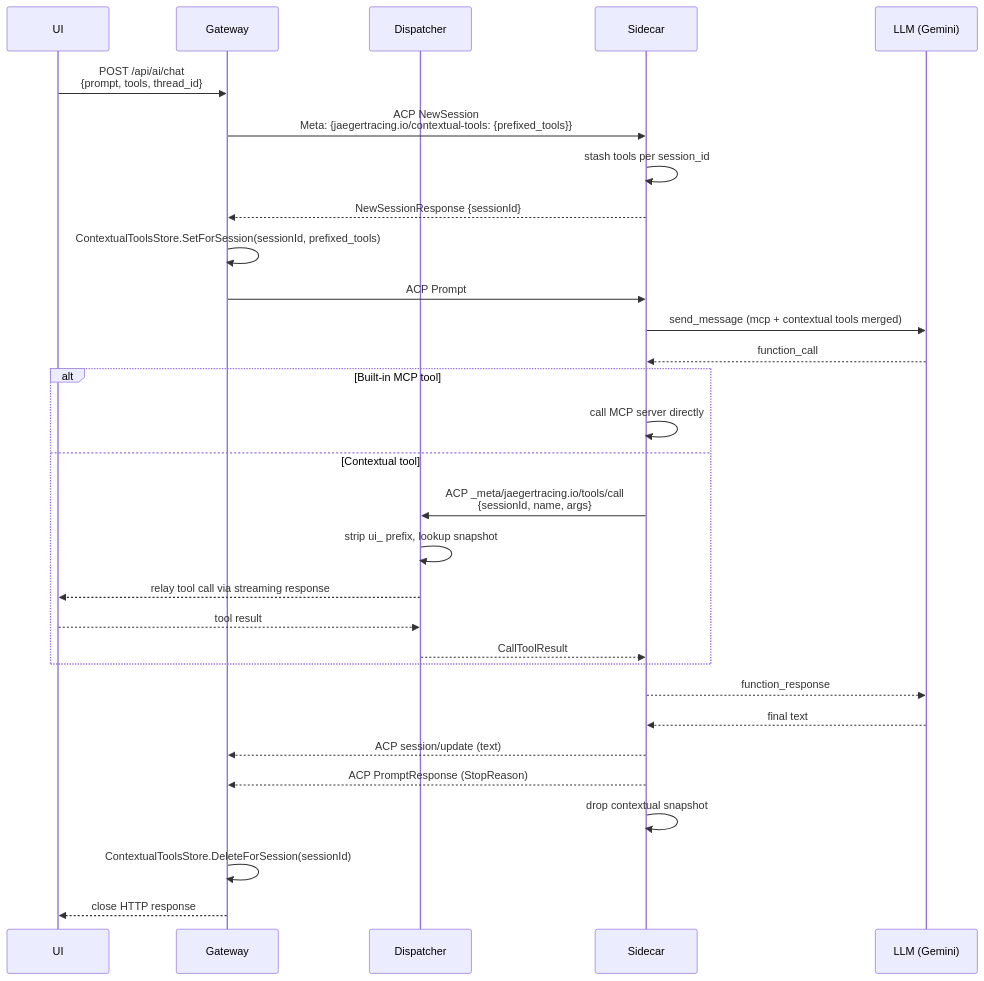
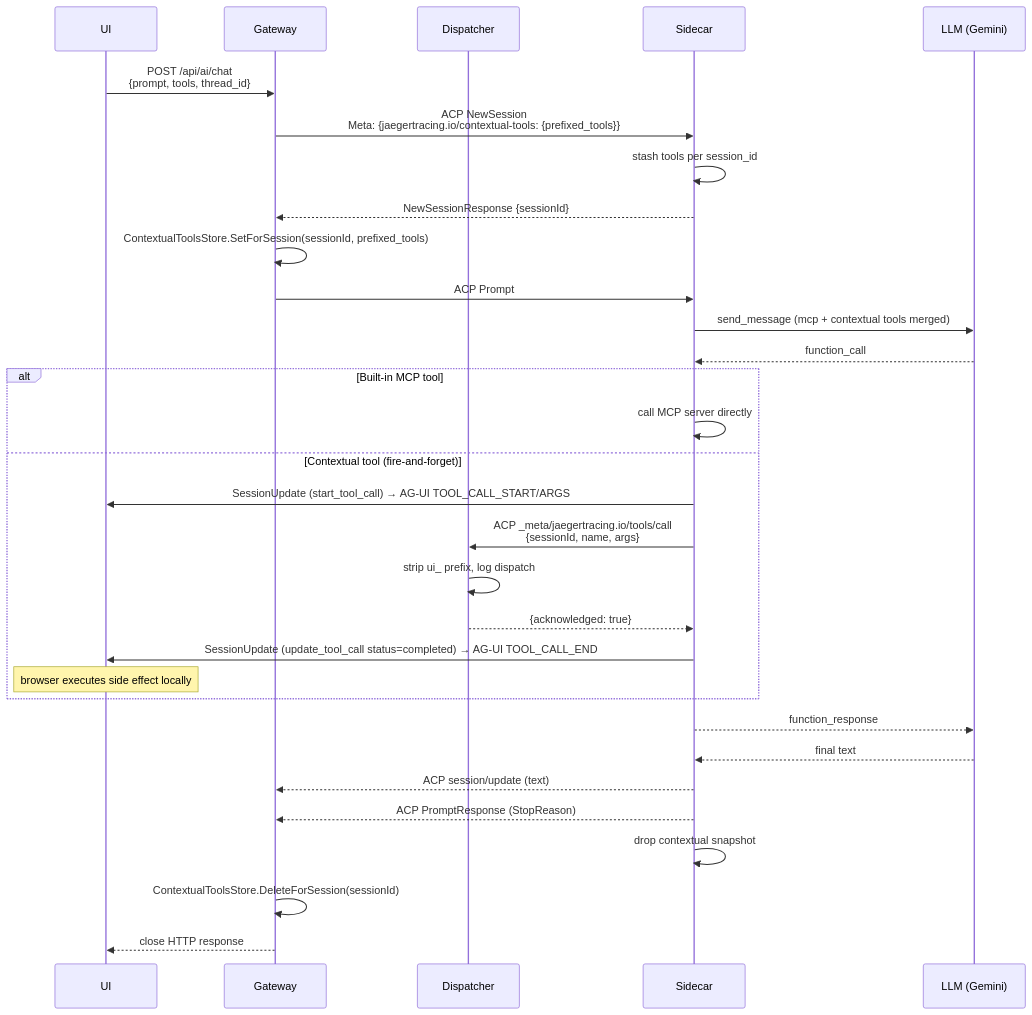
Before and after one commit to jaegertracing/jaeger: the second of 2 diagrams in docs/rfc/0002-ai-gateway-contextual-tools.md, drawn with Mermaid. The commit also changed other lines of this file and 13 other files, not shown here.

````diff
--- a/docs/rfc/0002-ai-gateway-contextual-tools.md
+++ b/docs/rfc/0002-ai-gateway-contextual-tools.md
@@ -234,35 +238,36 @@
 ```mermaid
 sequenceDiagram
     participant UI
     participant GW as Gateway
     participant DSP as Dispatcher
     participant SC as Sidecar
     participant LLM as LLM (Gemini)
 
     UI->>GW: POST /api/ai/chat<br>{prompt, tools, thread_id}
     GW->>SC: ACP NewSession<br>Meta: {jaegertracing.io/contextual-tools: {prefixed_tools}}
     SC->>SC: stash tools per session_id
     SC-->>GW: NewSessionResponse {sessionId}
     GW->>GW: ContextualToolsStore.SetForSession(sessionId, prefixed_tools)
     GW->>SC: ACP Prompt
     SC->>LLM: send_message (mcp + contextual tools merged)
     LLM-->>SC: function_call
 
     alt Built-in MCP tool
         SC->>SC: call MCP server directly
-    else Contextual tool
+    else Contextual tool (fire-and-forget)
+        SC->>UI: SessionUpdate (start_tool_call) → AG-UI TOOL_CALL_START/ARGS
         SC->>DSP: ACP _meta/jaegertracing.io/tools/call<br>{sessionId, name, args}
-        DSP->>DSP: strip ui_ prefix, lookup snapshot
-        DSP-->>UI: relay tool call via streaming response
-        UI-->>DSP: tool result
-        DSP-->>SC: CallToolResult
+        DSP->>DSP: strip ui_ prefix, log dispatch
+        DSP-->>SC: {acknowledged: true}
+        SC->>UI: SessionUpdate (update_tool_call status=completed) → AG-UI TOOL_CALL_END
+        Note over UI: browser executes side effect locally
     end
 
     SC-->>LLM: function_response
     LLM-->>SC: final text
     SC-->>GW: ACP session/update (text)
     SC-->>GW: ACP PromptResponse (StopReason)
     SC->>SC: drop contextual snapshot
     GW->>GW: ContextualToolsStore.DeleteForSession(sessionId)
     GW-->>UI: close HTTP response
 ```
````
